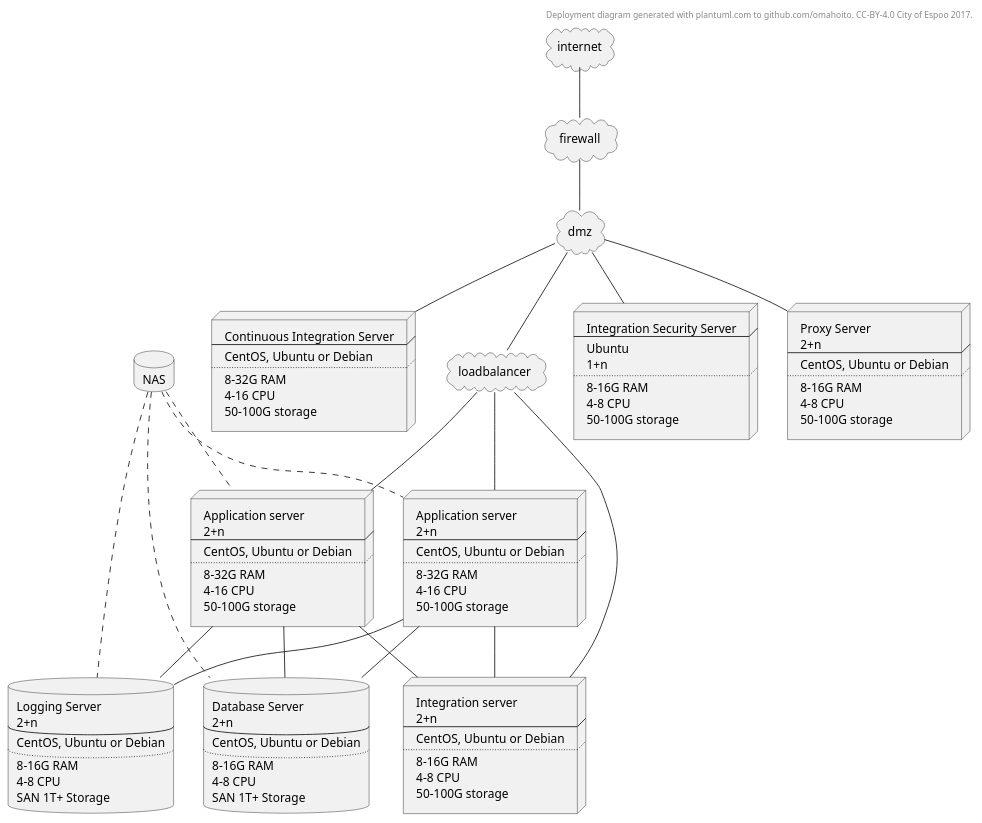
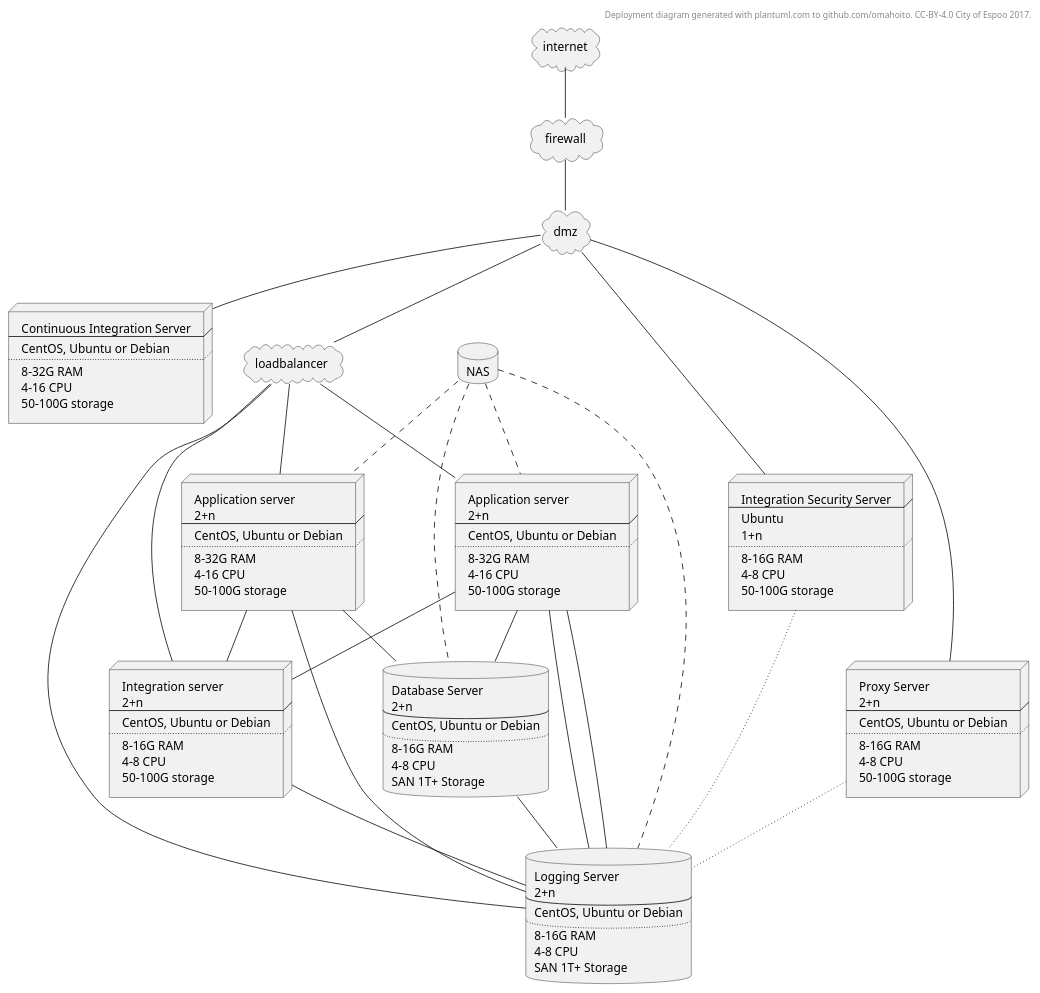
One commit to ruoat/definitions changed the diagram in deployment.MD. Above: the diagram before and after it, drawn with PlantUML.

```diff
--- a/deployment.MD
+++ b/deployment.MD
@@ -102,6 +102,12 @@
 dmz -- nodeintegration1
 loadbalancer -- nodeintegration2
 nodeas2 -- nodeintegration2
+nodeintegration1 ~~ logging1
+nodeproxy ~~ logging1
+nodeas1 -- logging1
+loadbalancer -- logging1
+database1 -- logging1
+nodeintegration2 -- logging1
 nodeas2 -- logging1
 NAS .. nodeas1
 NAS .. nodeas2
```
